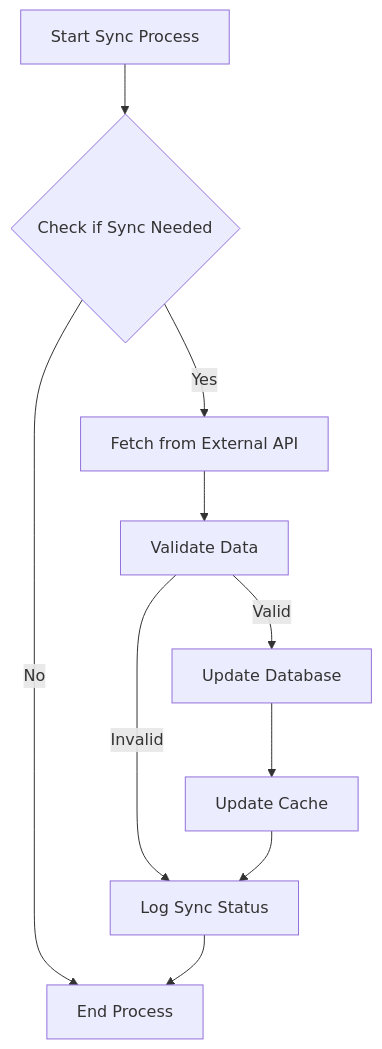
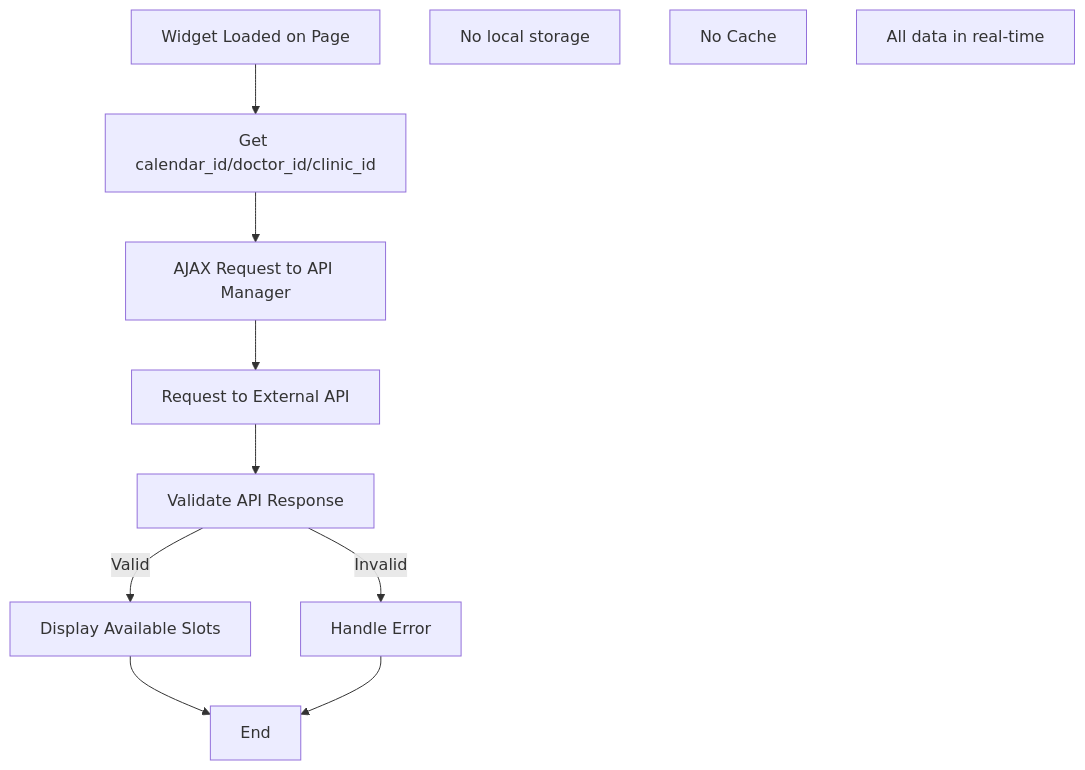
The fourth of 6 diagrams in docs/ARCHITECTURE_DIAGRAM.md (OrielBenMoshe/clinic-queue-management), drawn with Mermaid before and after one commit. The commit also changed other lines of this file and 78 other files, not shown here.

````diff
--- a/docs/ARCHITECTURE_DIAGRAM.md
+++ b/docs/ARCHITECTURE_DIAGRAM.md
@@ -147,21 +125,24 @@
 ```mermaid
 flowchart TD
-    START[Start Sync Process]
-    CHECK{Check if Sync Needed}
-    FETCH[Fetch from External API]
-    VALIDATE[Validate Data]
-    UPDATE[Update Database]
-    CACHE[Update Cache]
-    LOG[Log Sync Status]
-    END[End Process]
+    START[Widget Loaded on Page]
+    GET_ID[Get calendar_id/doctor_id/clinic_id]
+    REQUEST[AJAX Request to API Manager]
+    FETCH[Request to External API]
+    VALIDATE[Validate API Response]
+    DISPLAY[Display Available Slots]
+    ERROR[Handle Error]
+    END[End]
     
-    START --> CHECK
-    CHECK -->|Yes| FETCH
-    CHECK -->|No| END
+    START --> GET_ID
+    GET_ID --> REQUEST
+    REQUEST --> FETCH
     FETCH --> VALIDATE
-    VALIDATE -->|Valid| UPDATE
-    VALIDATE -->|Invalid| LOG
-    UPDATE --> CACHE
-    CACHE --> LOG
-    LOG --> END
+    VALIDATE -->|Valid| DISPLAY
+    VALIDATE -->|Invalid| ERROR
+    DISPLAY --> END
+    ERROR --> END
+    
+    Note1[No local storage]
+    Note2[No Cache]
+    Note3[All data in real-time]
 ```
````
